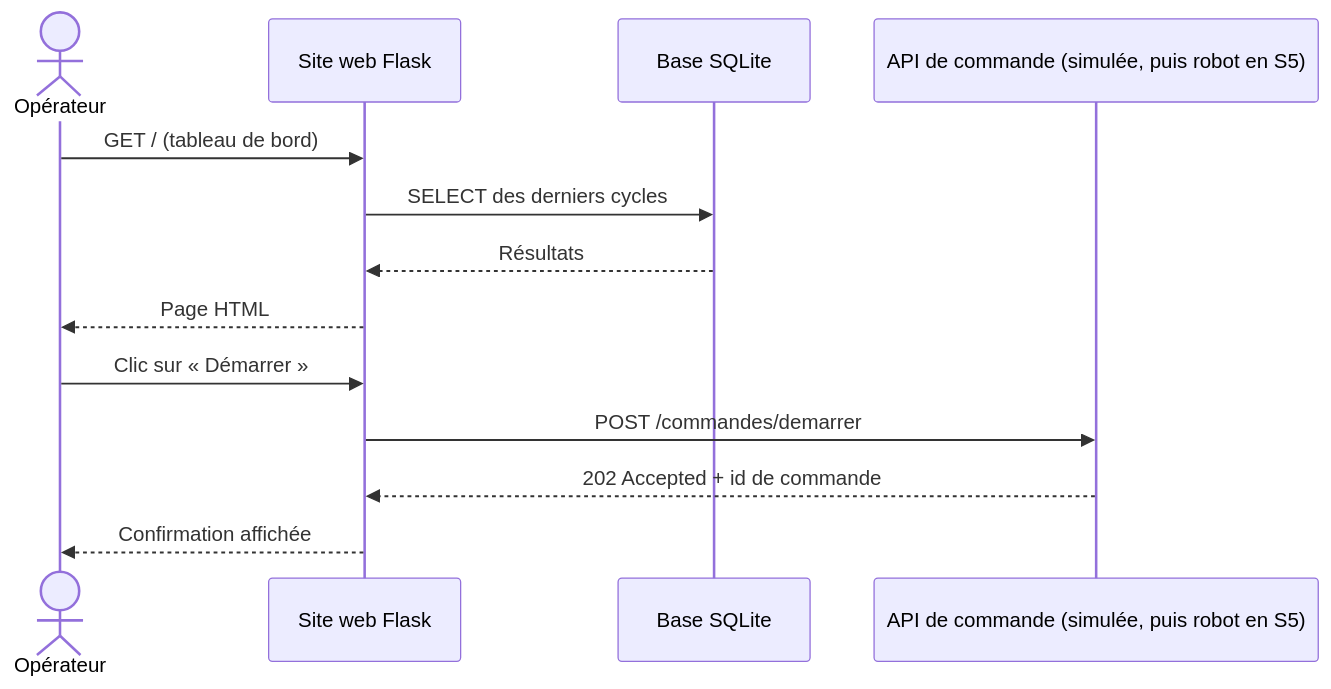
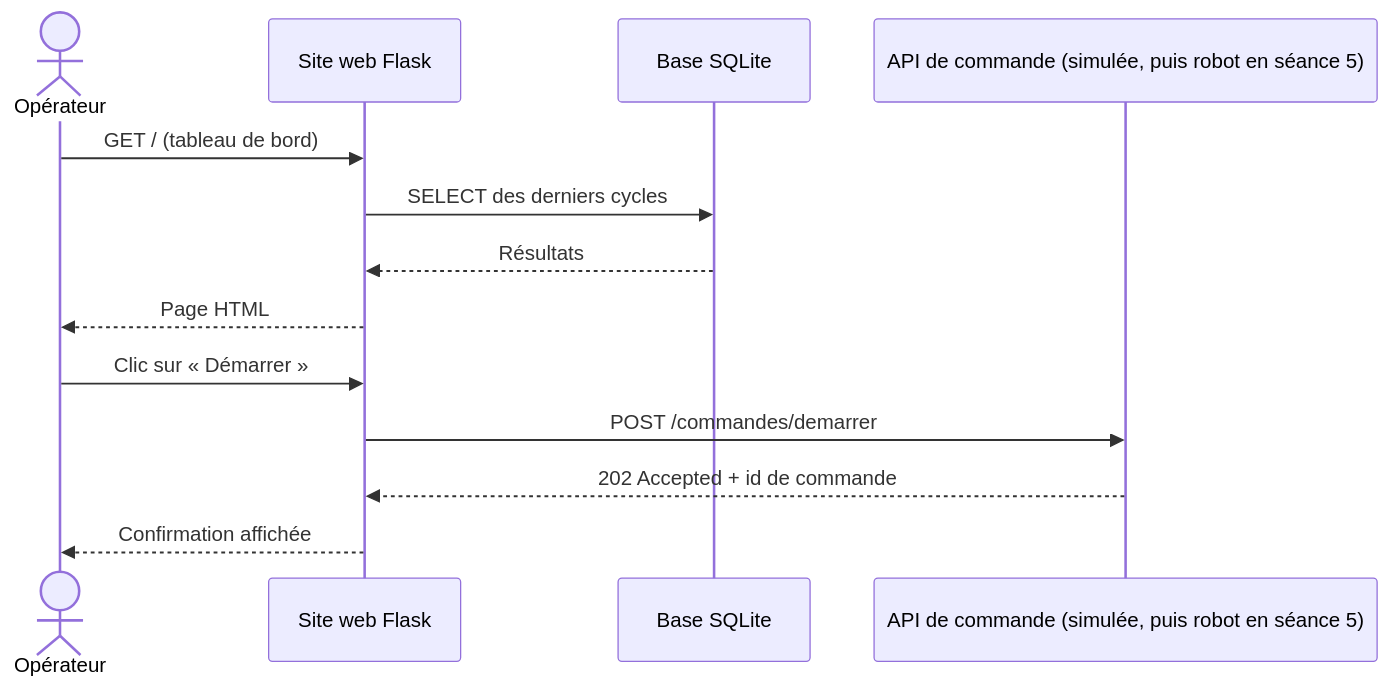
Before and after one commit to fabrice1618/niryo2: the third of 4 diagrams in progression_pedagogique/BACHINGE24.md, drawn with Mermaid. The commit also changed other lines of this file and 2 other files, not shown here.

````diff
--- a/progression_pedagogique/BACHINGE24.md
+++ b/progression_pedagogique/BACHINGE24.md
@@ -279,15 +300,15 @@
 ```mermaid
 sequenceDiagram
     actor O as Opérateur
     participant W as Site web Flask
     participant DB as Base SQLite
-    participant A as API de commande (simulée, puis robot en S5)
+    participant A as API de commande (simulée, puis robot en séance 5)
     O->>W: GET / (tableau de bord)
     W->>DB: SELECT des derniers cycles
     DB-->>W: Résultats
     W-->>O: Page HTML
     O->>W: Clic sur « Démarrer »
     W->>A: POST /commandes/demarrer
     A-->>W: 202 Accepted + id de commande
     W-->>O: Confirmation affichée
 ```
````
